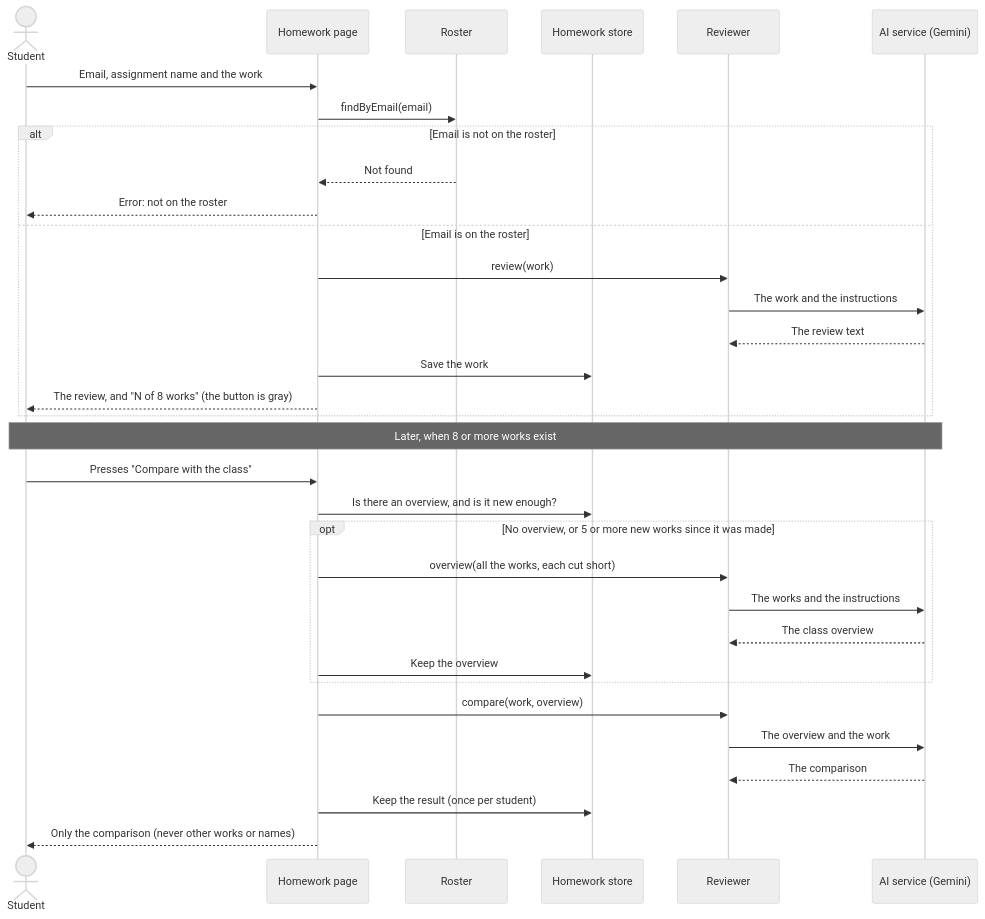
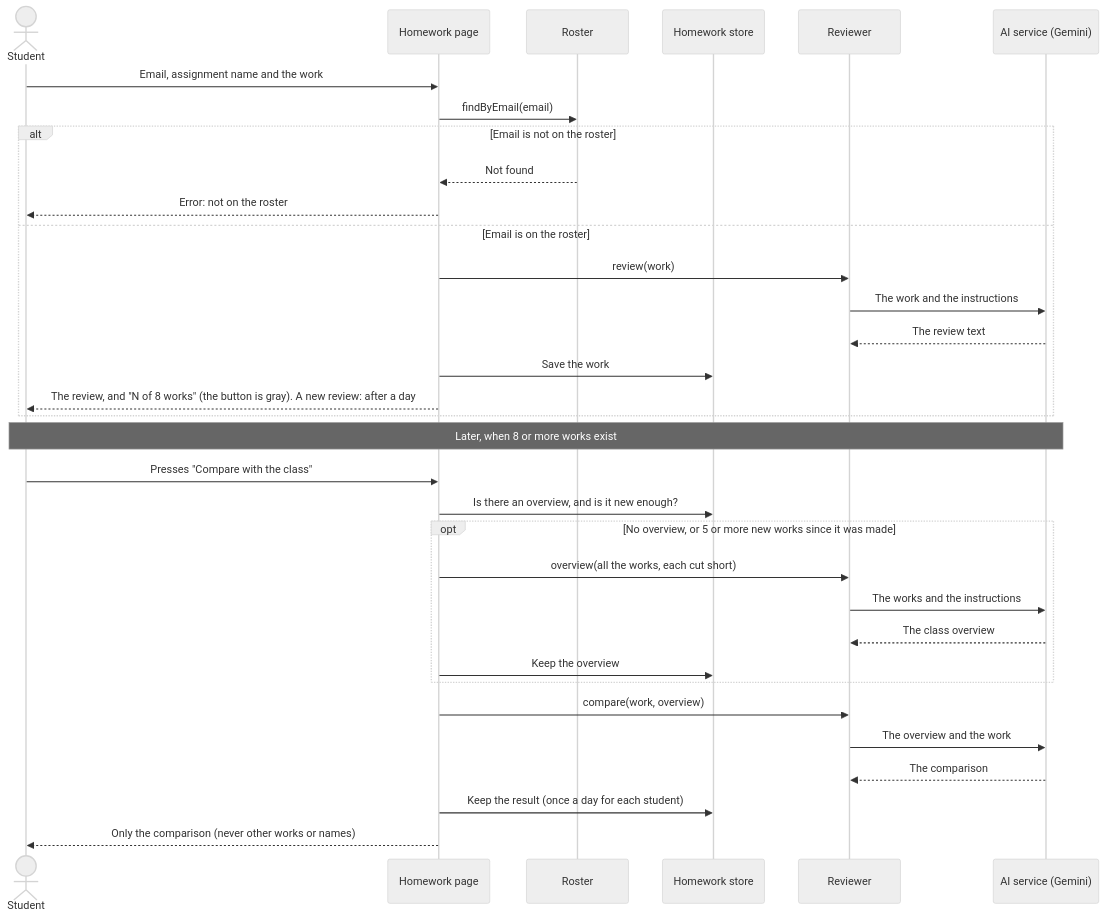
Before and after one commit to Maycaspi110/Class_Attendance: the sixth of 7 diagrams in diagrams.md, drawn with Mermaid (neutral theme). The commit also changed other lines of this file and 10 other files, not shown here.

Commit message:
Update the documents: one review and one comparison a day

````diff
--- a/diagrams.md
+++ b/diagrams.md
@@ -246,37 +246,37 @@
 ```mermaid
 sequenceDiagram
   actor St as Student
   participant HP as Homework page
   participant R as Roster
   participant HS as Homework store
   participant RV as Reviewer
   participant AI as AI service (Gemini)
 
   St->>HP: Email, assignment name and the work
   HP->>R: findByEmail(email)
   alt Email is not on the roster
     R-->>HP: Not found
     HP-->>St: Error: not on the roster
   else Email is on the roster
     HP->>RV: review(work)
     RV->>AI: The work and the instructions
     AI-->>RV: The review text
     HP->>HS: Save the work
-    HP-->>St: The review, and "N of 8 works" (the button is gray)
+    HP-->>St: The review, and "N of 8 works" (the button is gray). A new review: after a day
   end
 
   Note over St,AI: Later, when 8 or more works exist
   St->>HP: Presses "Compare with the class"
   HP->>HS: Is there an overview, and is it new enough?
   opt No overview, or 5 or more new works since it was made
     HP->>RV: overview(all the works, each cut short)
     RV->>AI: The works and the instructions
     AI-->>RV: The class overview
     HP->>HS: Keep the overview
   end
   HP->>RV: compare(work, overview)
   RV->>AI: The overview and the work
   AI-->>RV: The comparison
-  HP->>HS: Keep the result (once per student)
+  HP->>HS: Keep the result (once a day for each student)
   HP-->>St: Only the comparison (never other works or names)
 ```
````
